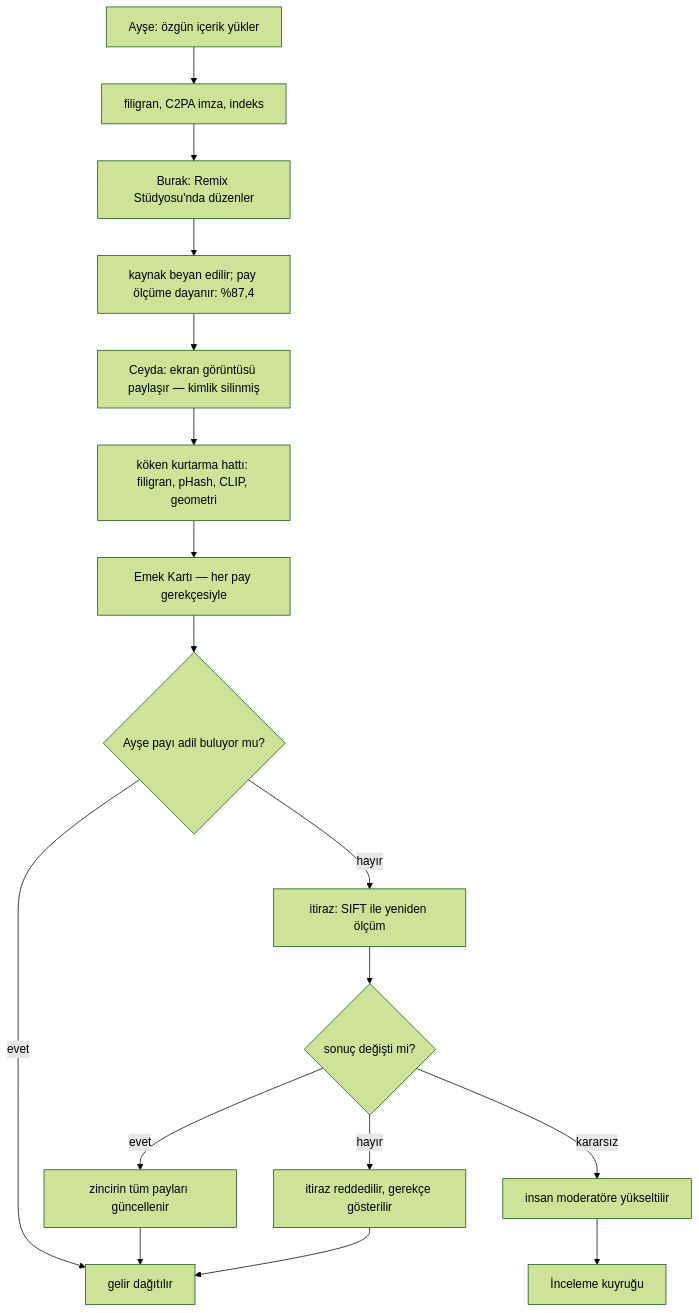
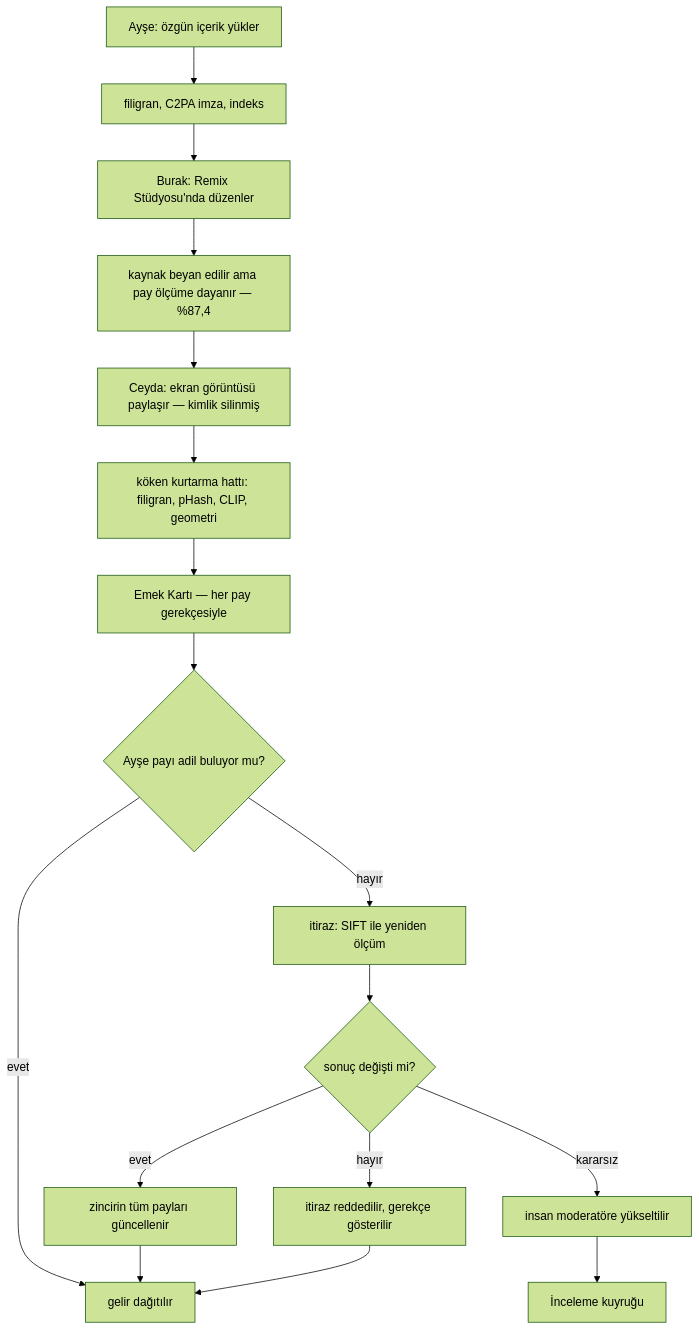
Before and after one commit to hamzabdk36-cyber/N-Emek: the first of 6 diagrams in docs/KULLANICI-AKISLARI.md, drawn with Mermaid (forest theme).

Commit message:
Yolculuk diyagramında noktalı virgül parse hatasına yol açıyordu
Mermaid ';' karakterini ifade sonlandırıcı sayıyor; tırnak içinde bile
diyagramı bozdu ve GitHub 'Unable to render rich display' verdi. Etiket
yeniden yazıldı. Altı diyagramın hiçbirinde ';', '%%' veya '#' kalmadı.

Claude-Session: https://claude.ai/code/session_01XqGaqidCbsYXJjGaimgb9t

````diff
--- a/docs/KULLANICI-AKISLARI.md
+++ b/docs/KULLANICI-AKISLARI.md
@@ -113,19 +113,19 @@
 ```mermaid
 flowchart TD
     A["Ayşe: özgün içerik yükler"] --> A1["filigran, C2PA imza, indeks"]
     A1 --> B["Burak: Remix Stüdyosu'nda düzenler"]
-    B --> B1["kaynak beyan edilir; pay ölçüme dayanır: %87,4"]
+    B --> B1["kaynak beyan edilir ama pay ölçüme dayanır — %87,4"]
     B1 --> C["Ceyda: ekran görüntüsü paylaşır — kimlik silinmiş"]
     C --> C1["köken kurtarma hattı: filigran, pHash, CLIP, geometri"]
     C1 --> D["Emek Kartı — her pay gerekçesiyle"]
     D --> E{"Ayşe payı adil buluyor mu?"}
     E -->|evet| F["gelir dağıtılır"]
     E -->|hayır| G["itiraz: SIFT ile yeniden ölçüm"]
     G --> H{"sonuç değişti mi?"}
     H -->|evet| I["zincirin tüm payları güncellenir"]
     H -->|hayır| J["itiraz reddedilir, gerekçe gösterilir"]
     H -->|kararsız| K["insan moderatöre yükseltilir"]
     I --> F
     J --> F
     K --> L["İnceleme kuyruğu"]
 ```
````
